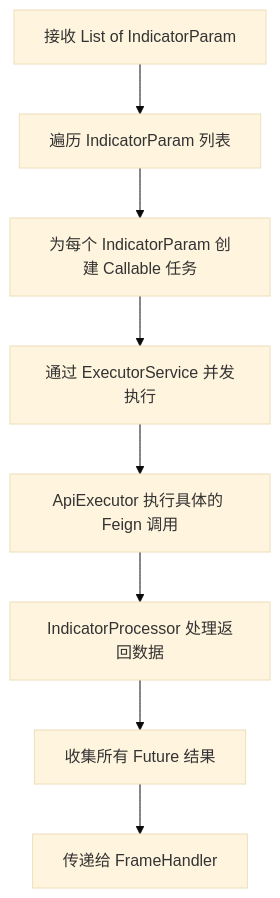
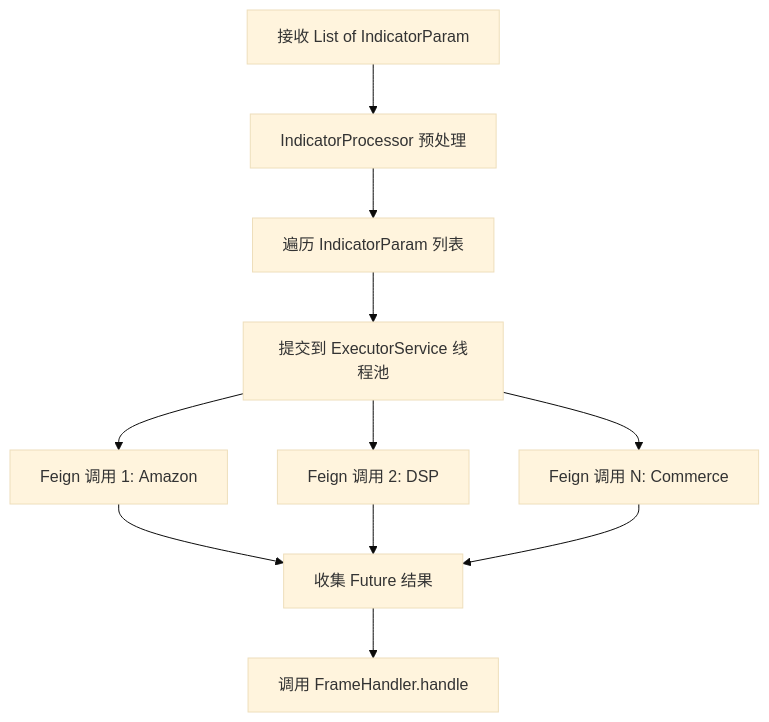
Before and after one commit to suoweiwei-pacvue/document-automation: the fourth of 7 diagrams in output/01-core-api.md, drawn with Mermaid (base theme). The commit also changed other lines of this file and 55 other files, not shown here.

````diff
--- a/output/01-core-api.md
+++ b/output/01-core-api.md
@@ -336,10 +537,13 @@
 ```mermaid
 flowchart TD
-    A[接收 List of IndicatorParam] --> B[遍历 IndicatorParam 列表]
-    B --> C[为每个 IndicatorParam 创建 Callable 任务]
-    C --> D[通过 ExecutorService 并发执行]
-    D --> E[ApiExecutor 执行具体的 Feign 调用]
-    E --> F[IndicatorProcessor 处理返回数据]
-    F --> G[收集所有 Future 结果]
-    G --> H[传递给 FrameHandler]
+    A[接收 List of IndicatorParam] --> B[IndicatorProcessor 预处理]
+    B --> C[遍历 IndicatorParam 列表]
+    C --> D[提交到 ExecutorService 线程池]
+    D --> E1[Feign 调用 1: Amazon]
+    D --> E2[Feign 调用 2: DSP]
+    D --> E3[Feign 调用 N: Commerce]
+    E1 --> F[收集 Future 结果]
+    E2 --> F
+    E3 --> F
+    F --> G[调用 FrameHandler.handle]
 ```
````
